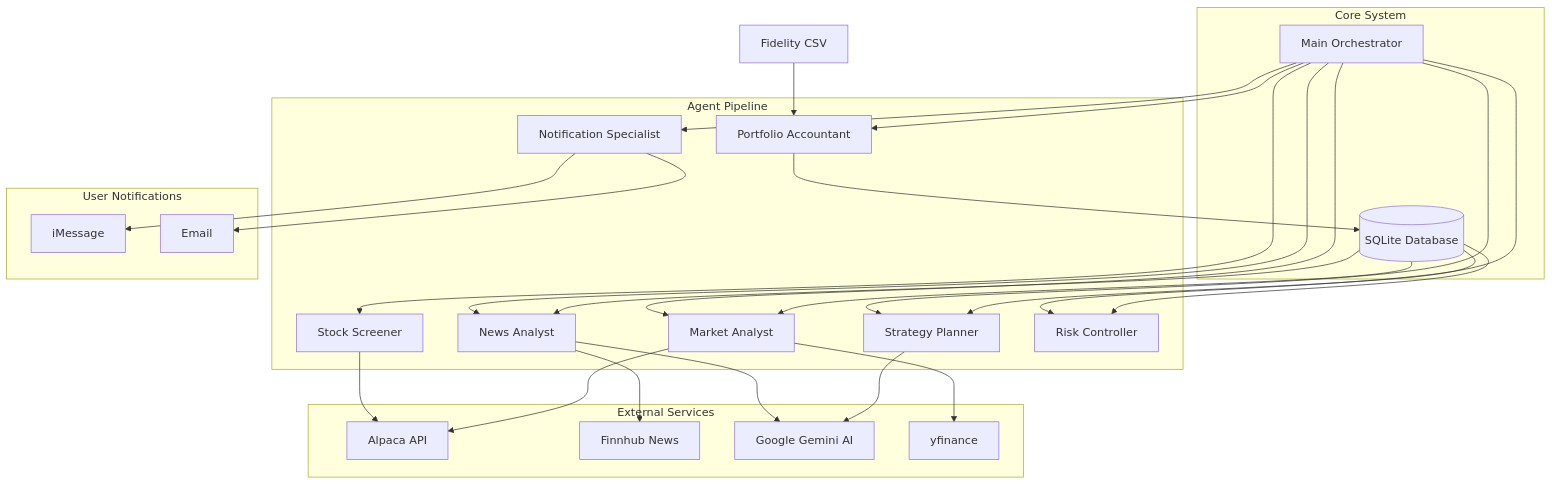
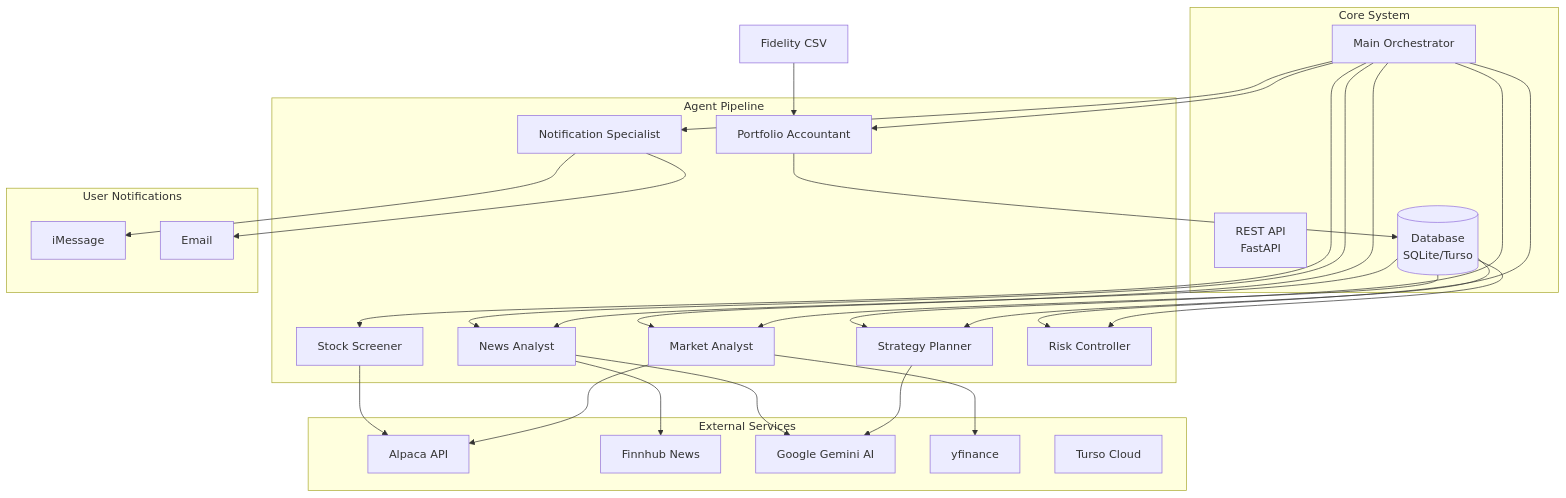
Before and after one commit to sampeng2017/my_trading: the first of 12 diagrams in doc/architecture_diagrams.md, drawn with Mermaid. The commit also changed other lines of this file and 3 other files, not shown here.

````diff
--- a/doc/architecture_diagrams.md
+++ b/doc/architecture_diagrams.md
@@ -5,54 +5,56 @@
 ```mermaid
 graph TB
     subgraph External["External Services"]
         ALPACA[Alpaca API]
         FINNHUB[Finnhub News]
         GEMINI[Google Gemini AI]
         YFINANCE[yfinance]
+        TURSO[Turso Cloud]
     end
 
     subgraph Core["Core System"]
         ORCH[Main Orchestrator]
-        DB[(SQLite Database)]
+        API[REST API<br/>FastAPI]
+        DB[(Database<br/>SQLite/Turso)]
     end
 
     subgraph Agents["Agent Pipeline"]
         PA[Portfolio Accountant]
         SS[Stock Screener]
         MA[Market Analyst]
         NA[News Analyst]
         SP[Strategy Planner]
         RC[Risk Controller]
         NS[Notification Specialist]
     end
 
     subgraph Output["User Notifications"]
         IMSG[iMessage]
         EMAIL[Email]
     end
 
     CSV[Fidelity CSV] --> PA
     PA --> DB
     SS --> ALPACA
     MA --> ALPACA
     MA --> YFINANCE
     NA --> FINNHUB
     NA --> GEMINI
     SP --> GEMINI
 
     ORCH --> PA
     ORCH --> SS
     ORCH --> MA
     ORCH --> NA
     ORCH --> SP
     ORCH --> RC
     ORCH --> NS
 
     DB --> MA
     DB --> NA
     DB --> SP
     DB --> RC
 
     NS --> IMSG
     NS --> EMAIL
 ```
````
